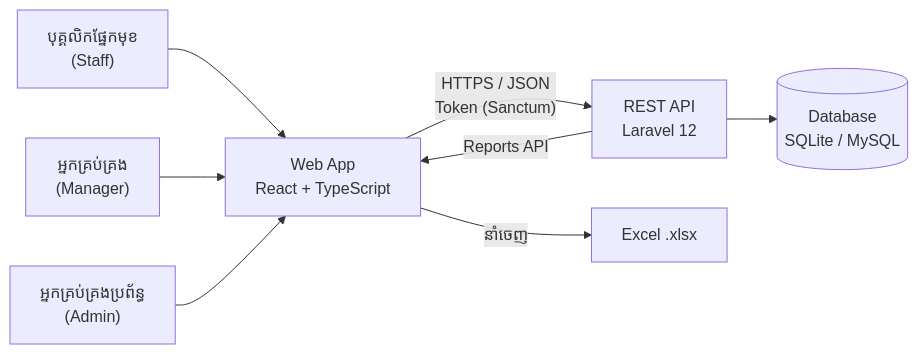
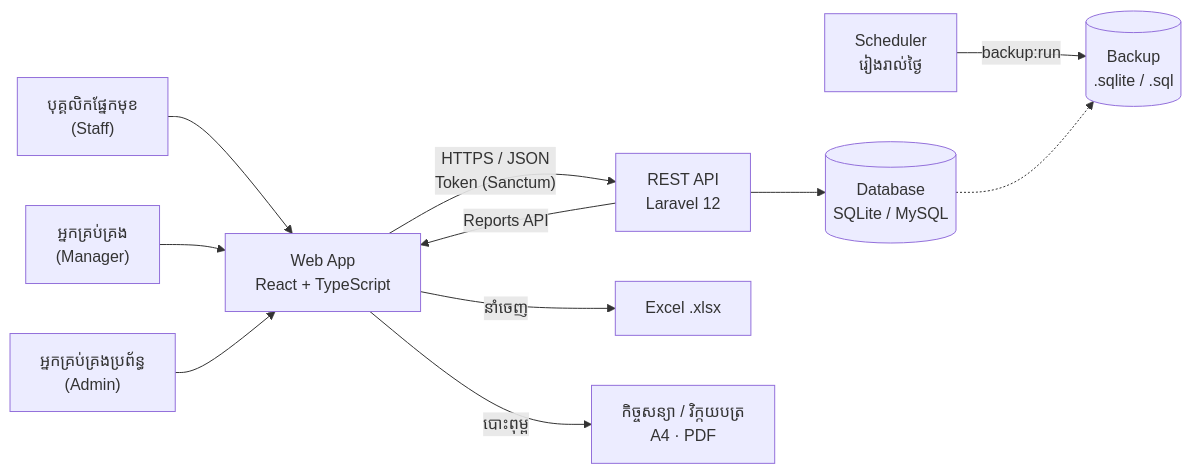
Before and after one commit to muysaroth/vehicle-rental: the first of 5 diagrams in docs/02-system-design.md, drawn with Mermaid. The commit also changed other lines of this file and 9 other files, not shown here.

````diff
--- a/docs/02-system-design.md
+++ b/docs/02-system-design.md
@@ -14,10 +14,13 @@
 ```mermaid
 flowchart LR
     U1["បុគ្គលិកផ្នែកមុខ<br/>(Staff)"] --> W
     U2["អ្នកគ្រប់គ្រង<br/>(Manager)"] --> W
     U3["អ្នកគ្រប់គ្រងប្រព័ន្ធ<br/>(Admin)"] --> W
     W["Web App<br/>React + TypeScript"] -- "HTTPS / JSON<br/>Token (Sanctum)" --> A["REST API<br/>Laravel 12"]
     A --> DB[("Database<br/>SQLite / MySQL")]
     A -- "Reports API" --> W
     W -- "នាំចេញ" --> X["Excel .xlsx"]
+    W -- "បោះពុម្ព" --> P["កិច្ចសន្យា / វិក្កយបត្រ<br/>A4 · PDF"]
+    S["Scheduler<br/>រៀងរាល់ថ្ងៃ"] -- "backup:run" --> BK[("Backup<br/>.sqlite / .sql")]
+    DB -.-> BK
 ```
````
